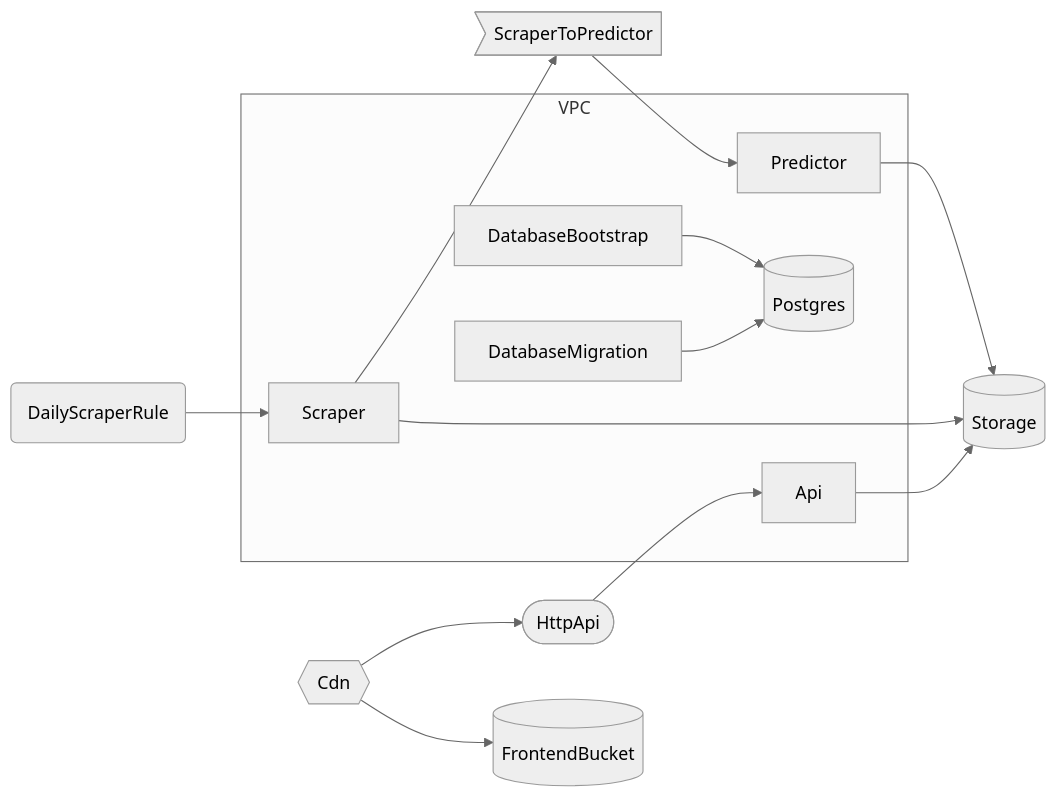
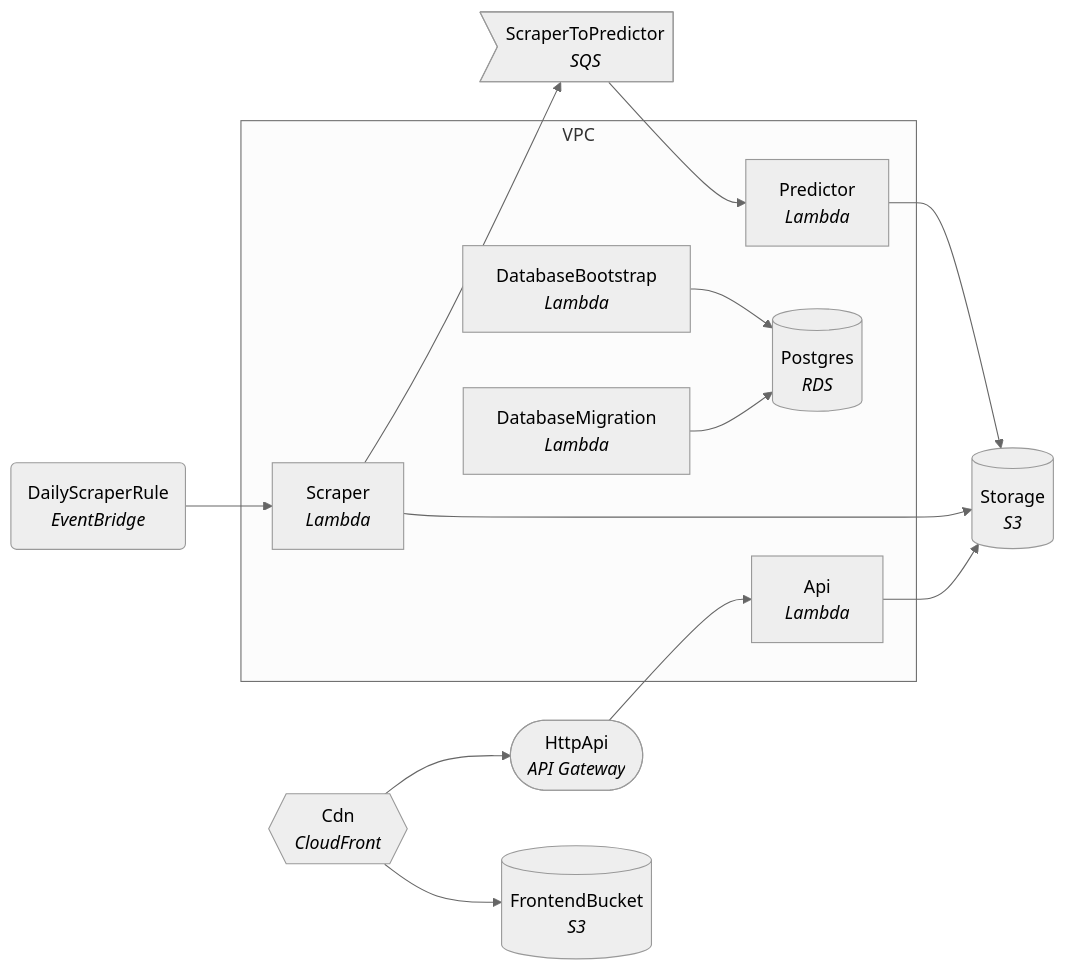
Before and after one commit to dagda1/match-predictor: the diagram in README.md, drawn with Mermaid (neutral theme). The commit also changed 4 other files, not shown here.

Commit message:
chore: add pre-commit hook to auto-update architecture diagram with service labels and improved node visualization

````diff
--- a/README.md
+++ b/README.md
@@ -95,28 +95,28 @@
 ```mermaid
 graph LR
   subgraph VPC
-    ApiApiFunctionAA82C666[Api]
-    DatabaseBootstrapHandlerFunction53F1278C[DatabaseBootstrap]
-    DatabaseMigrationHandlerFunction71FE854B[DatabaseMigration]
-    DatabasePostgres277EF4CB[(Postgres)]
-    EtlFunctionsPredictorFunctionE33E3D43[Predictor]
-    EtlFunctionsScraperFunctionF099BA00[Scraper]
+    ApiApiFunctionAA82C666["Api<br/><i>Lambda</i>"]
+    DatabaseBootstrapHandlerFunction53F1278C["DatabaseBootstrap<br/><i>Lambda</i>"]
+    DatabaseMigrationHandlerFunction71FE854B["DatabaseMigration<br/><i>Lambda</i>"]
+    DatabasePostgres277EF4CB[("Postgres<br/><i>RDS</i>")]
+    EtlFunctionsPredictorFunctionE33E3D43["Predictor<br/><i>Lambda</i>"]
+    EtlFunctionsScraperFunctionF099BA00["Scraper<br/><i>Lambda</i>"]
   end
-  ApiHttpApi4C294DC0([HttpApi])
-  CdnDistribution149FA6C8{{Cdn}}
-  EventBridgeDailyScraperRule9BFD8304(DailyScraperRule)
-  QueuingScraperToPredictor12C65B00>ScraperToPredictor]
-  StorageBucket5CB7C8EA[(Storage)]
-  StorageFrontendBucketC065FEEF[(FrontendBucket)]
+  ApiHttpApi4C294DC0(["HttpApi<br/><i>API Gateway</i>"])
+  CdnDistribution149FA6C8{{"Cdn<br/><i>CloudFront</i>"}}
+  EventBridgeDailyScraperRule9BFD8304("DailyScraperRule<br/><i>EventBridge</i>")
+  QueuingScraperToPredictor12C65B00>"ScraperToPredictor<br/><i>SQS</i>"]
+  StorageBucket5CB7C8EA[("Storage<br/><i>S3</i>")]
+  StorageFrontendBucketC065FEEF[("FrontendBucket<br/><i>S3</i>")]
   ApiApiFunctionAA82C666 --> StorageBucket5CB7C8EA
   ApiHttpApi4C294DC0 --> ApiApiFunctionAA82C666
   CdnDistribution149FA6C8 --> ApiHttpApi4C294DC0
   CdnDistribution149FA6C8 --> StorageFrontendBucketC065FEEF
   DatabaseBootstrapHandlerFunction53F1278C --> DatabasePostgres277EF4CB
   DatabaseMigrationHandlerFunction71FE854B --> DatabasePostgres277EF4CB
   EtlFunctionsPredictorFunctionE33E3D43 --> StorageBucket5CB7C8EA
   EtlFunctionsScraperFunctionF099BA00 --> QueuingScraperToPredictor12C65B00
   EtlFunctionsScraperFunctionF099BA00 --> StorageBucket5CB7C8EA
   EventBridgeDailyScraperRule9BFD8304 --> EtlFunctionsScraperFunctionF099BA00
   QueuingScraperToPredictor12C65B00 --> EtlFunctionsPredictorFunctionE33E3D43
 ```
````
